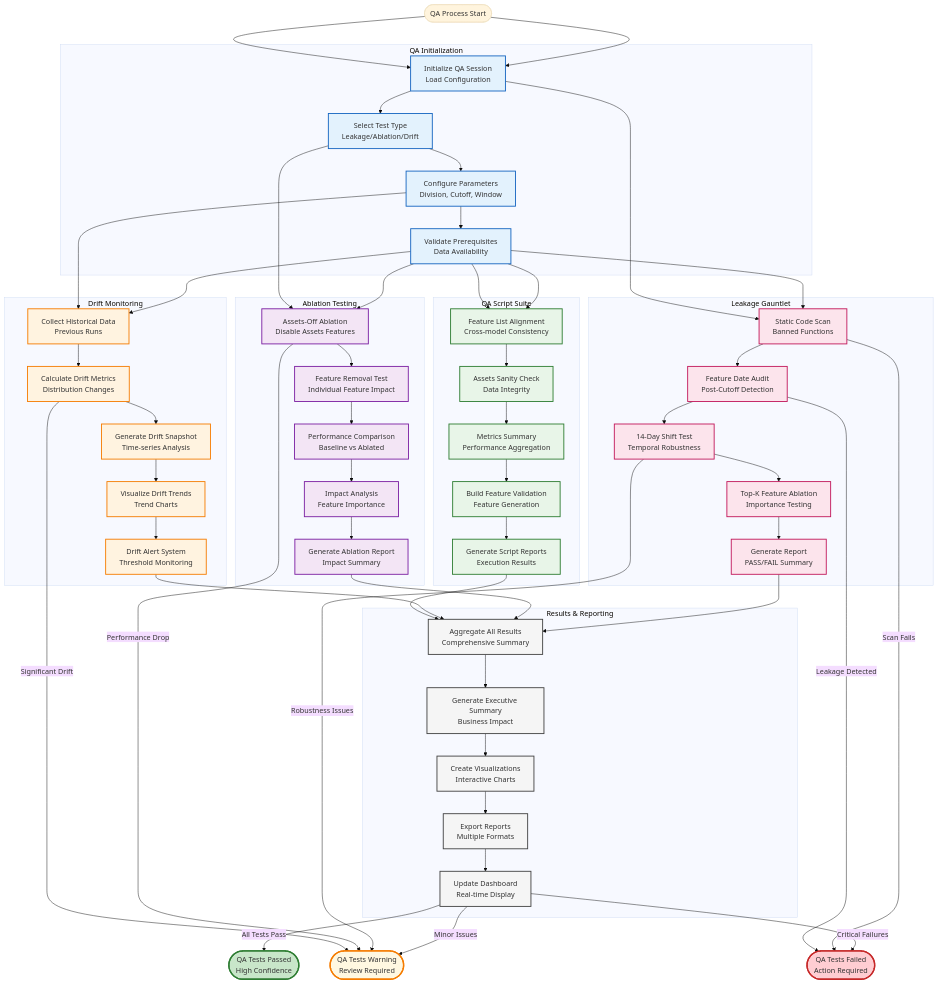
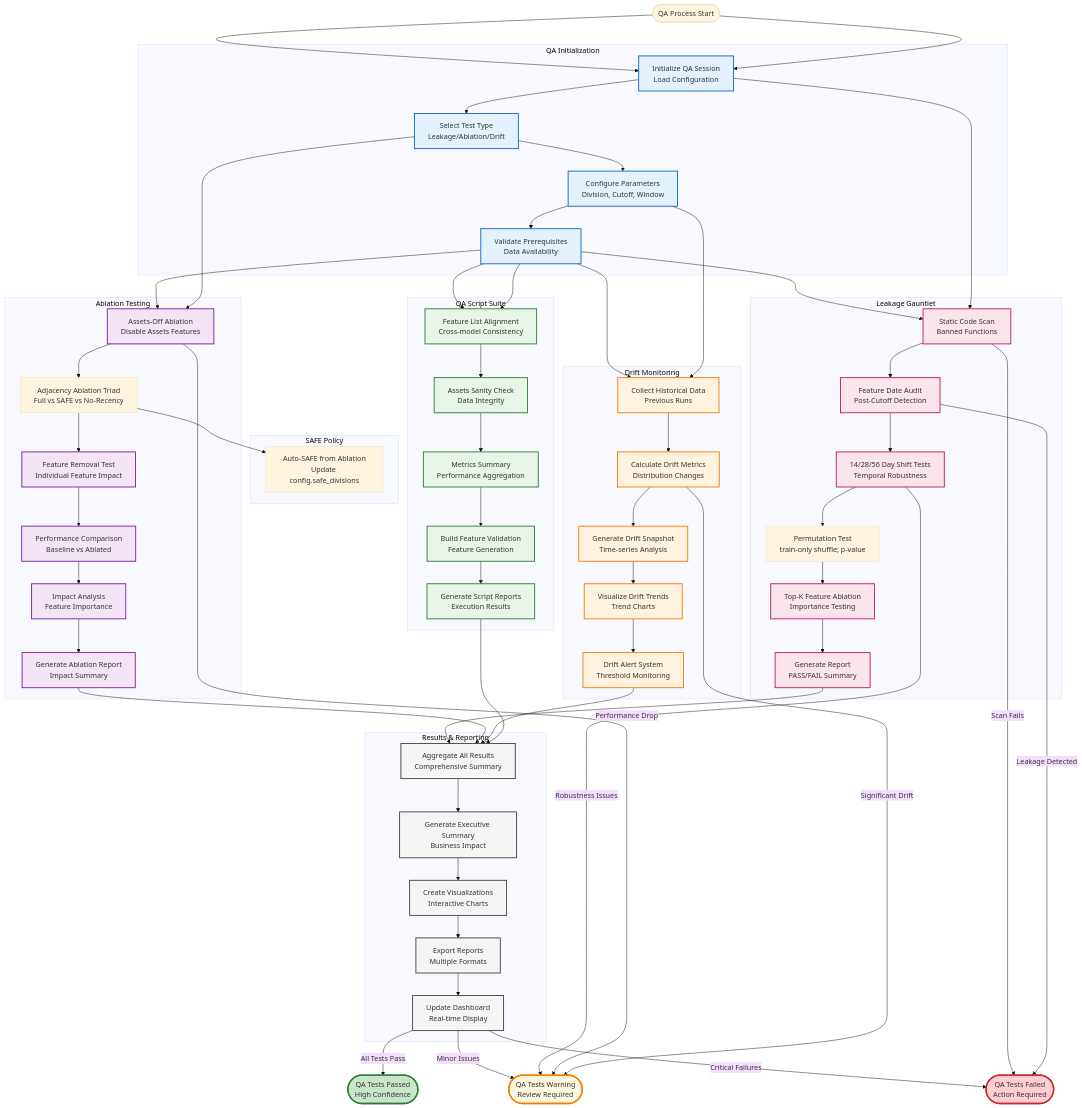
One commit to greygizmo/SSE changed the diagram in gosales/docs/architecture/10_quality_assurance_flow.mmd. Above: the diagram before and after it, drawn with Mermaid (base theme). The commit also changed 5 other files, not shown here.

Commit message:
docs(architecture): refresh Mermaid diagrams to reflect prequential eval, adjacency ablation triad + auto-SAFE, cycle-aware/offset/delta features, pooled encoders, lagged affinity, UI Feature Guide and Business Yield, and updated CI gates

```diff
--- a/gosales/docs/architecture/10_quality_assurance_flow.mmd
+++ b/gosales/docs/architecture/10_quality_assurance_flow.mmd
@@ -19,7 +19,8 @@
     subgraph "Leakage Gauntlet"
         StaticScan[Static Code Scan<br/>Banned Functions]
         FeatureAudit[Feature Date Audit<br/>Post-Cutoff Detection]
-        Shift14Test[14-Day Shift Test<br/>Temporal Robustness]
+        Shift14Test[14/28/56 Day Shift Tests<br/>Temporal Robustness]
+        PermutationTest[Permutation Test<br/>train-only shuffle; p‑value]
         TopKAblation[Top-K Feature Ablation<br/>Importance Testing]
         ConsolidatedReport[Generate Report<br/>PASS/FAIL Summary]
     end
@@ -27,10 +28,16 @@
     %% Ablation Testing Flow
     subgraph "Ablation Testing"
         AssetsOffTest[Assets-Off Ablation<br/>Disable Assets Features]
+        AdjacencyTriad[Adjacency Ablation Triad<br/>Full vs SAFE vs No-Recency]
         FeatureRemovalTest[Feature Removal Test<br/>Individual Feature Impact]
         PerformanceComparison[Performance Comparison<br/>Baseline vs Ablated]
         ImpactAnalysis[Impact Analysis<br/>Feature Importance]
         AblationReport[Generate Ablation Report<br/>Impact Summary]
+    end
+
+    %% SAFE Policy
+    subgraph "SAFE Policy"
+        AutoSAFE[Auto‑SAFE from Ablation<br/>Update config.safe_divisions]
     end
 
     %% Drift Monitoring Flow
@@ -80,14 +87,17 @@
     %% Leakage Flow
     StaticScan --> FeatureAudit
     FeatureAudit --> Shift14Test
-    Shift14Test --> TopKAblation
+    Shift14Test --> PermutationTest
+    PermutationTest --> TopKAblation
     TopKAblation --> ConsolidatedReport
 
     %% Ablation Flow
-    AssetsOffTest --> FeatureRemovalTest
+    AssetsOffTest --> AdjacencyTriad
+    AdjacencyTriad --> FeatureRemovalTest
     FeatureRemovalTest --> PerformanceComparison
     PerformanceComparison --> ImpactAnalysis
     ImpactAnalysis --> AblationReport
+    AdjacencyTriad --> AutoSAFE
 
     %% Drift Flow
     CollectHistoricalData --> CalculateDriftMetrics
```
